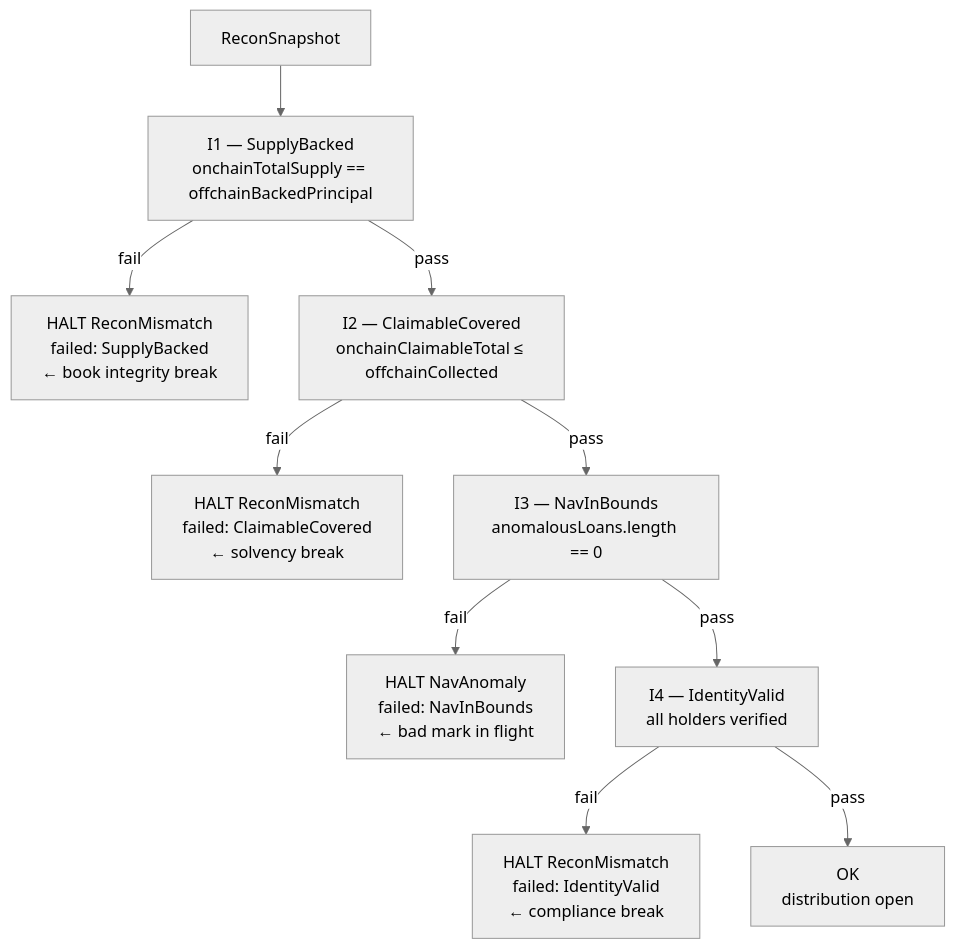
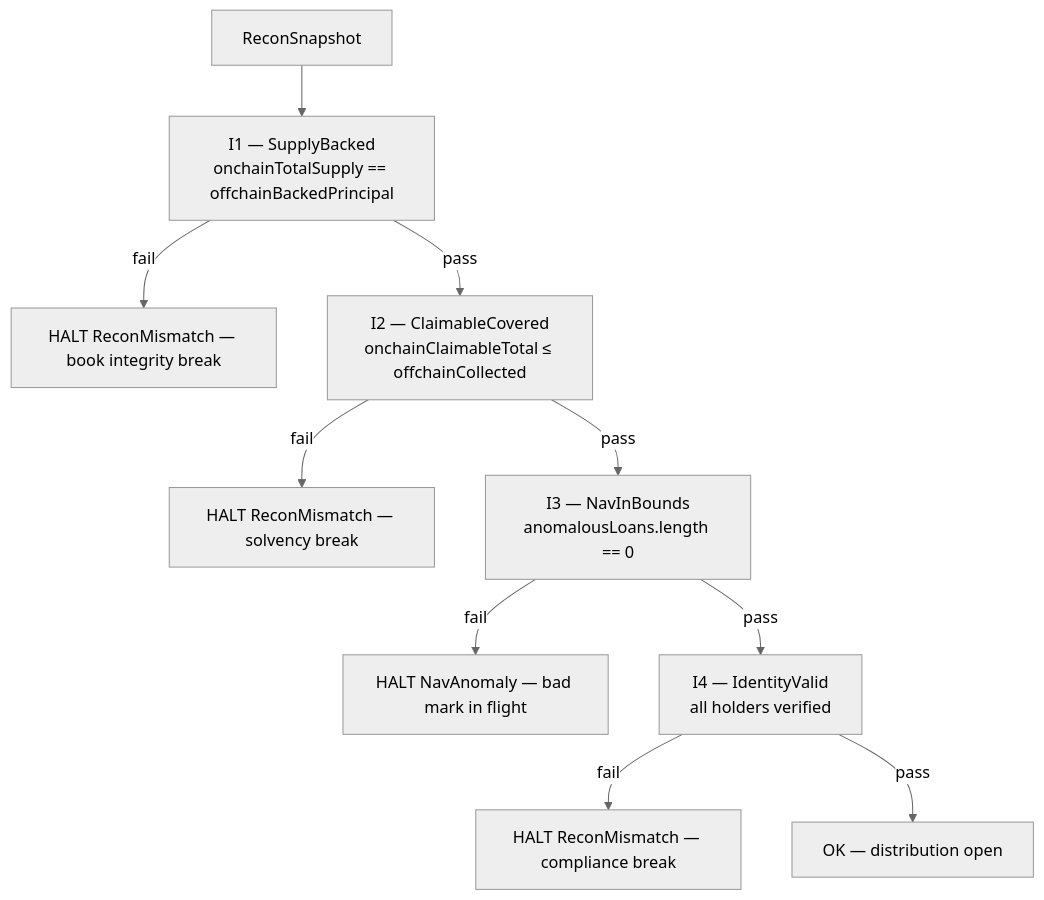
The second of 2 diagrams in docs/architecture/DESIGN.md (xbt-a4224j/permissioned-credit-ledger), drawn with Mermaid (neutral theme) before and after one commit. The commit also changed other lines of this file and 10 other files, not shown here.

````diff
--- a/docs/architecture/DESIGN.md
+++ b/docs/architecture/DESIGN.md
@@ -542,20 +101,16 @@
 ```mermaid
 flowchart TD
     S[ReconSnapshot] --> I1
-
     I1["I1 — SupplyBacked\nonchainTotalSupply == offchainBackedPrincipal"]
-    I1 -- fail --> H1["HALT ReconMismatch\nfailed: SupplyBacked\n← book integrity break"]
+    I1 -- fail --> H1["HALT ReconMismatch — book integrity break"]
     I1 -- pass --> I2
-
     I2["I2 — ClaimableCovered\nonchainClaimableTotal ≤ offchainCollected"]
-    I2 -- fail --> H2["HALT ReconMismatch\nfailed: ClaimableCovered\n← solvency break"]
+    I2 -- fail --> H2["HALT ReconMismatch — solvency break"]
     I2 -- pass --> I3
-
     I3["I3 — NavInBounds\nanomalousLoans.length == 0"]
-    I3 -- fail --> H3["HALT NavAnomaly\nfailed: NavInBounds\n← bad mark in flight"]
+    I3 -- fail --> H3["HALT NavAnomaly — bad mark in flight"]
     I3 -- pass --> I4
-
     I4["I4 — IdentityValid\nall holders verified"]
-    I4 -- fail --> H4["HALT ReconMismatch\nfailed: IdentityValid\n← compliance break"]
-    I4 -- pass --> OK["OK\ndistribution open"]
+    I4 -- fail --> H4["HALT ReconMismatch — compliance break"]
+    I4 -- pass --> OK["OK — distribution open"]
 ```
````
